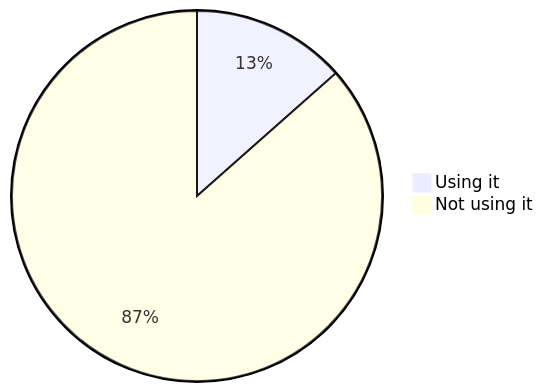
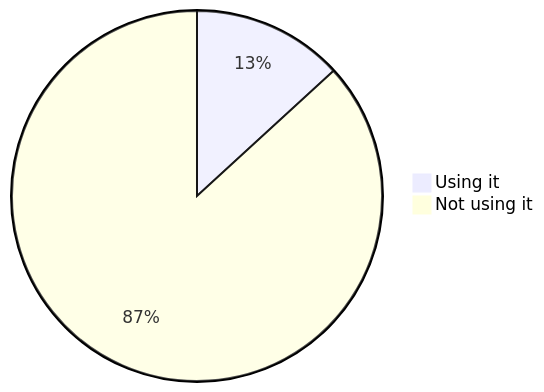
One commit to oshp/oshp-stats changed diagram 13 of 22 in stats.md. Above: the diagram before and after it, drawn with Mermaid. The commit also changed other lines of this file, not shown here.

````diff
--- a/stats.md
+++ b/stats.md
@@ -154,6 +154,6 @@
 ```mermaid
 pie
-	"Using it" : 13.47
-	"Not using it" : 86.53
+	"Using it" : 13.19
+	"Not using it" : 86.81
 
 ```
````
